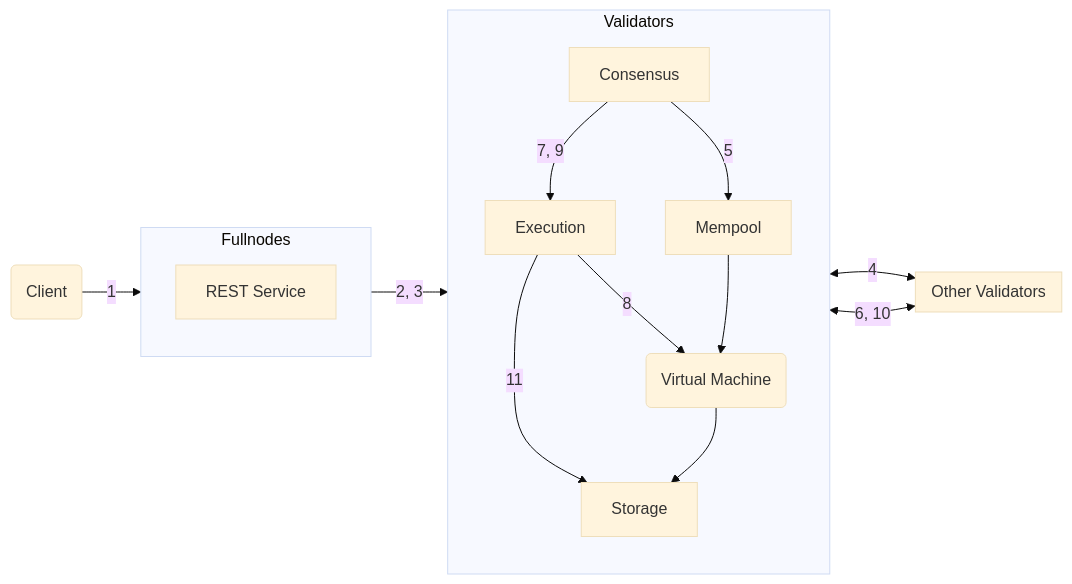
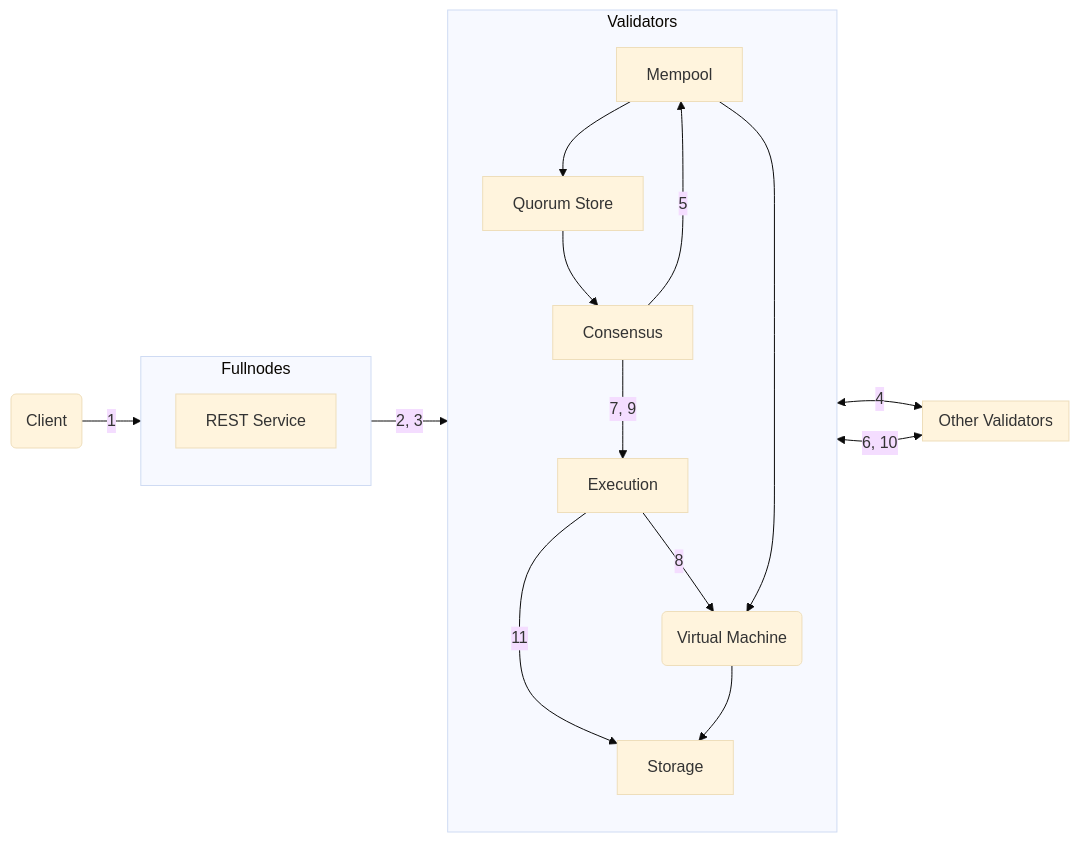
The first of 7 diagrams in src/content/docs/network/blockchain/blockchain-deep-dive.mdx (aptos-labs/aptos-docs), drawn with Mermaid (base theme) before and after one commit. The commit also changed other lines of this file and 36 other files, not shown here.

````diff
--- a/src/content/docs/network/blockchain/blockchain-deep-dive.mdx
+++ b/src/content/docs/network/blockchain/blockchain-deep-dive.mdx
@@ -28,29 +28,32 @@
 ```mermaid
 graph LR
     subgraph Fullnodes
         direction TB
         REST_Service[REST Service]
     end
 
     Client(Client) -->|1| REST_Service
 
     subgraph Other_Validators[Other Validators]
         direction TB
     end
 
     subgraph Validators
         direction TB
         Mempool[Mempool]
+        QuorumStore[Quorum Store]
         Consensus[Consensus]
         Consensus -->|7, 9| Execution
         Execution -->|11| Storage
         Execution -->|8| Virtual_Machine(Virtual Machine)
         Mempool --> Virtual_Machine
+        Mempool --> QuorumStore
+        QuorumStore --> Consensus
         Virtual_Machine --> Storage
     end
 
     Other_Validators <-->|6, 10| Consensus
     REST_Service -->|2, 3| Mempool
-    Mempool <-->|4| Other_Validators(Other Validators)
+    QuorumStore <-->|4| Other_Validators(Other Validators)
     Consensus -->|5| Mempool
 ```
````
